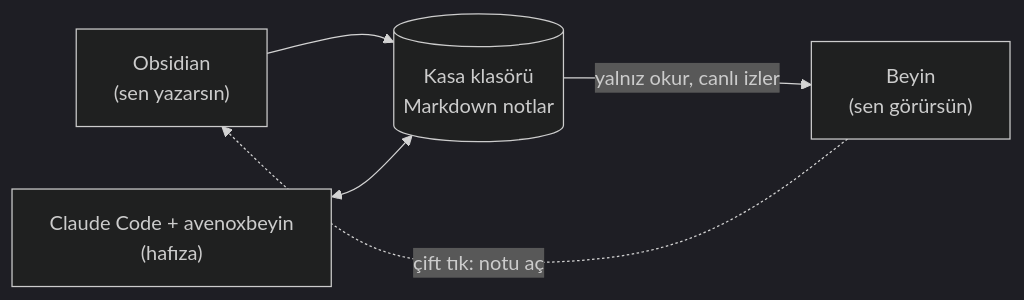
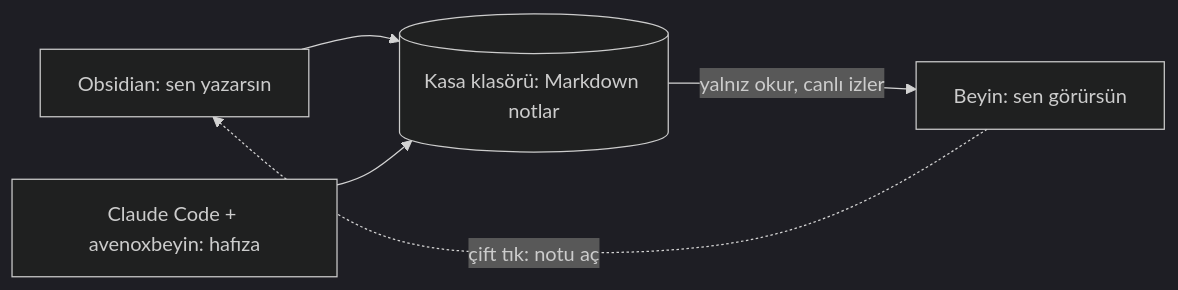
Before and after one commit to yigit2015/beyin-mac: the diagram in README.md, drawn with Mermaid (dark theme).

Commit message:
README: akış şemasını sadeleştir
Claude-Session: https://claude.ai/code/session_013LjFZJg7ZeN4EXa5nvNGAe

````diff
--- a/README.md
+++ b/README.md
@@ -36,7 +36,7 @@
 ```mermaid
 flowchart LR
-    O["Obsidian<br/>(sen yazarsın)"] --> K[("Kasa klasörü<br/>Markdown notlar")]
-    C["Claude Code + avenoxbeyin<br/>(hafıza)"] <--> K
-    K -- "yalnız okur, canlı izler" --> B["Beyin<br/>(sen görürsün)"]
-    B -. "çift tık: notu aç" .-> O
+    O["Obsidian: sen yazarsın"] --> K[("Kasa klasörü: Markdown notlar")]
+    C["Claude Code + avenoxbeyin: hafıza"] --> K
+    K -->|yalnız okur, canlı izler| B["Beyin: sen görürsün"]
+    B -.->|çift tık: notu aç| O
 ```
````
